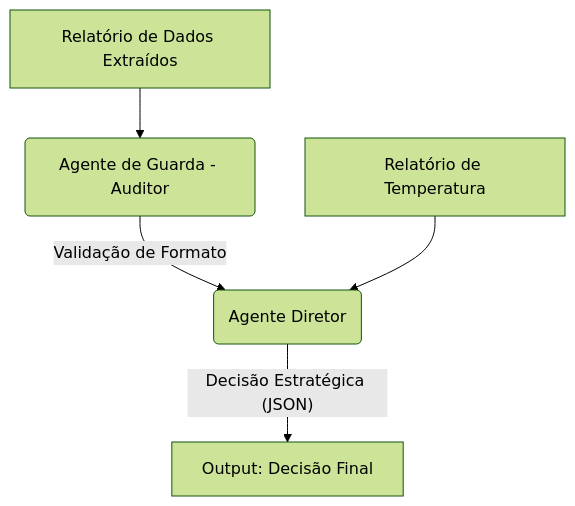
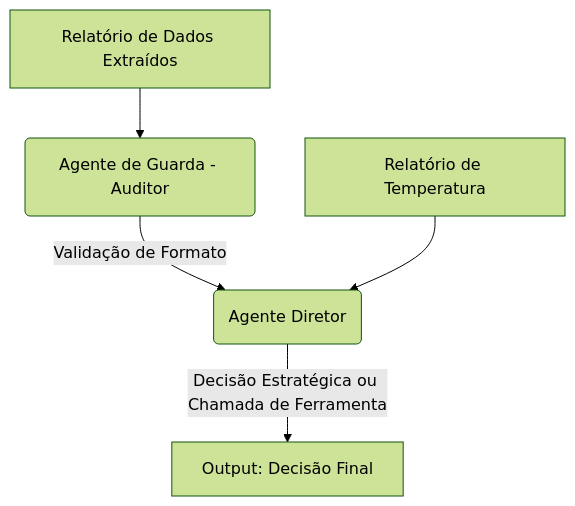
Before and after one commit to MrSchrodingers/vigia: the fifth of 5 diagrams in README.md, drawn with Mermaid (forest theme). The commit also changed other lines of this file and 4 other files, not shown here.

````diff
--- a/README.md
+++ b/README.md
@@ -115,7 +136,7 @@
 ```mermaid
 graph TD
     A[Relatório de Dados Extraídos] --> B(Agente de Guarda - Auditor);
     B -- Validação de Formato --> C(Agente Diretor);
     D[Relatório de Temperatura] --> C;
-    C -- Decisão Estratégica (JSON) --> F[Output: Decisão Final];
+    C -- Decisão Estratégica ou Chamada de Ferramenta --> F[Output: Decisão Final];
 ```
````
